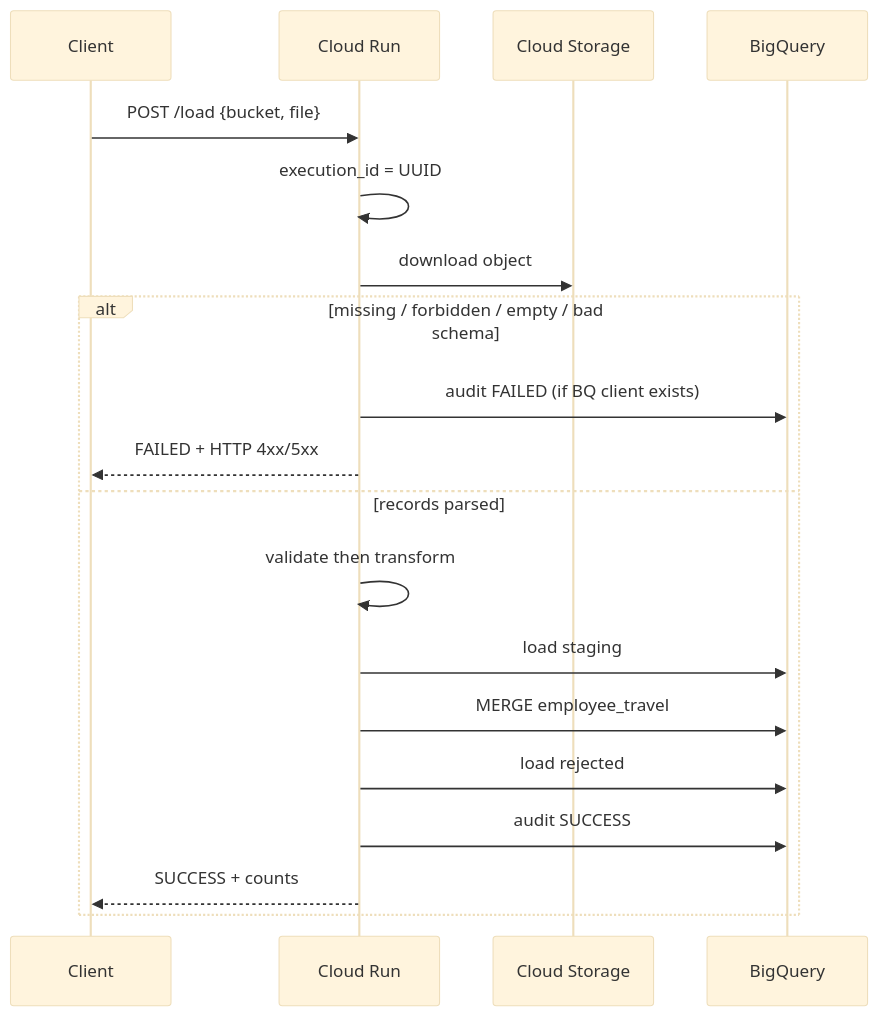
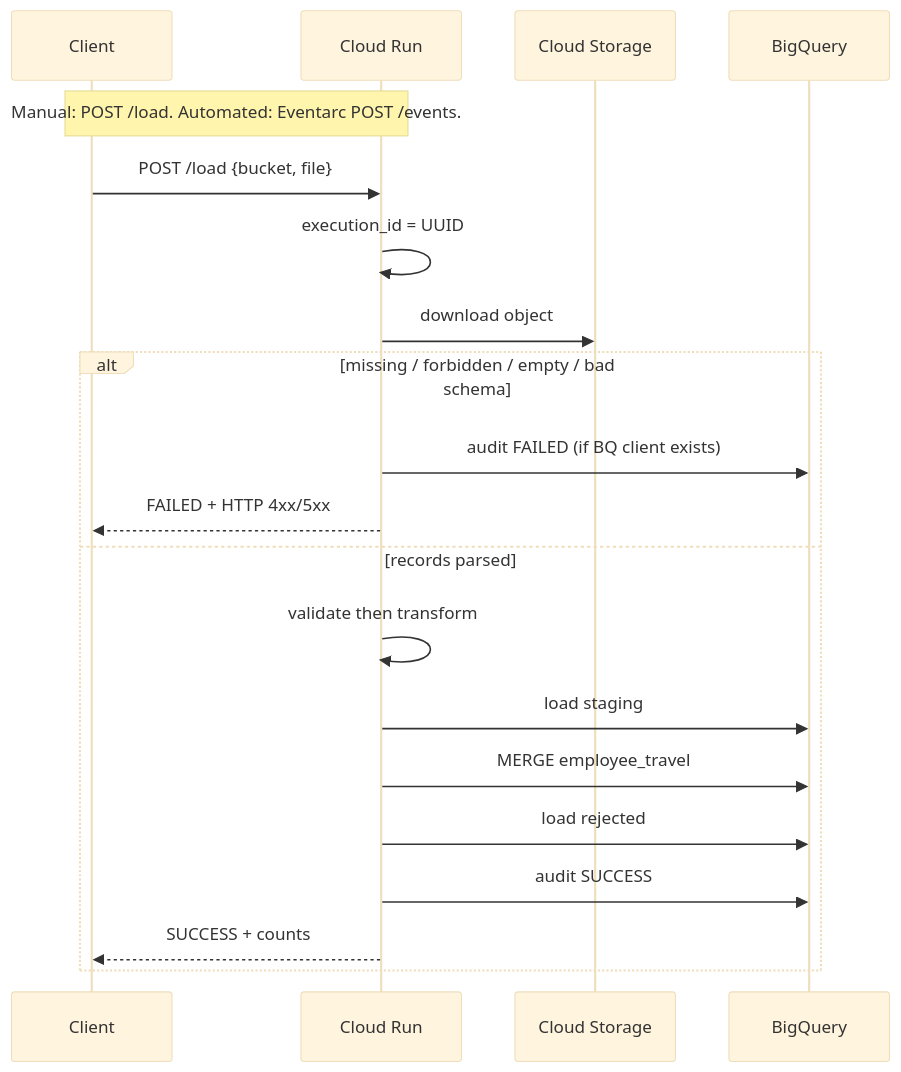
Before and after one commit to saidhuljohny2/gcp-travel-data-ingestion: the fourth of 4 diagrams in docs/architecture.md, drawn with Mermaid (base theme). The commit also changed other lines of this file and 10 other files, not shown here.

````diff
--- a/docs/architecture.md
+++ b/docs/architecture.md
@@ -70,21 +73,22 @@
 ```mermaid
 sequenceDiagram
   participant C as Client
   participant API as Cloud Run
   participant GCS as Cloud Storage
   participant BQ as BigQuery
+  Note over C,API: Manual: POST /load. Automated: Eventarc POST /events.
   C->>API: POST /load {bucket, file}
   API->>API: execution_id = UUID
   API->>GCS: download object
   alt missing / forbidden / empty / bad schema
     API->>BQ: audit FAILED (if BQ client exists)
     API-->>C: FAILED + HTTP 4xx/5xx
   else records parsed
     API->>API: validate then transform
     API->>BQ: load staging
     API->>BQ: MERGE employee_travel
     API->>BQ: load rejected
     API->>BQ: audit SUCCESS
     API-->>C: SUCCESS + counts
   end
 ```
````
